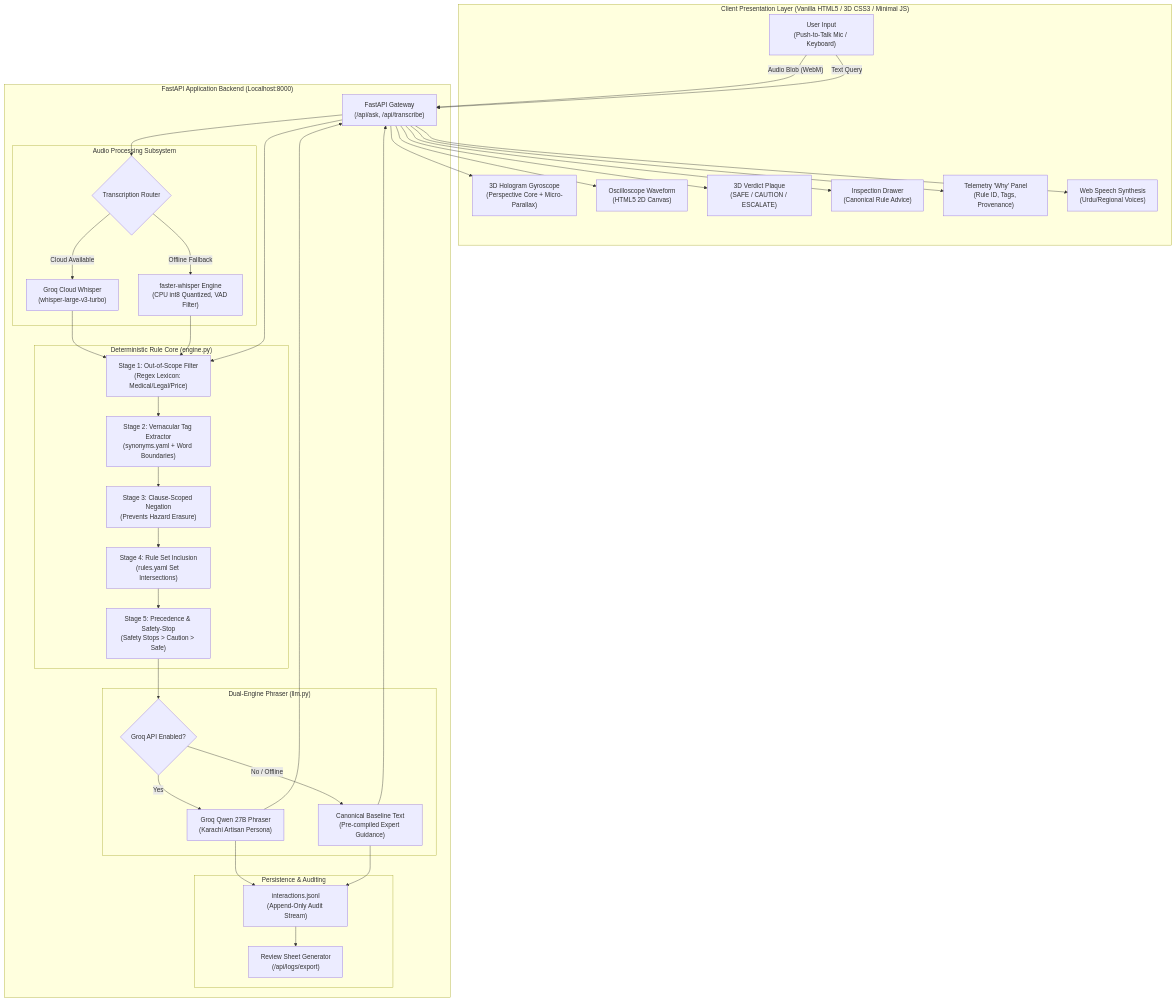
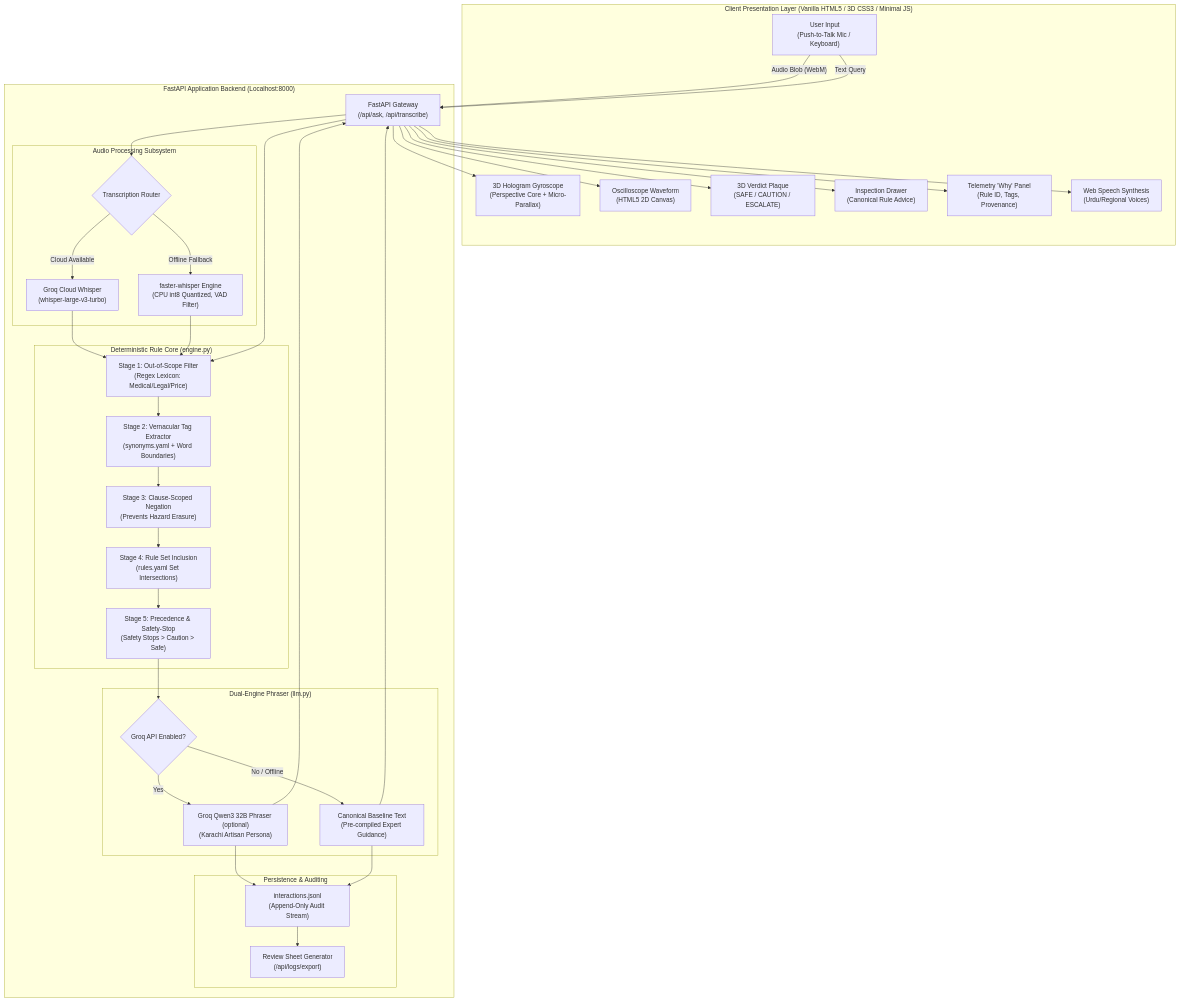
The first of 2 diagrams in README.md (abdulhayykhan/Ustaad-In-A-Box), drawn with Mermaid before and after one commit. The commit also changed other lines of this file and 15 other files, not shown here.

````diff
--- a/README.md
+++ b/README.md
@@ -127,74 +127,74 @@
 ```mermaid
 flowchart TD
     subgraph Client ["Client Presentation Layer (Vanilla HTML5 / 3D CSS3 / Minimal JS)"]
         UI_Input["User Input\n(Push-to-Talk Mic / Keyboard)"]
         Avatar_3D["3D Hologram Gyroscope\n(Perspective Core + Micro-Parallax)"]
         Waveform["Oscilloscope Waveform\n(HTML5 2D Canvas)"]
         Verdict_Plaque["3D Verdict Plaque\n(SAFE / CAUTION / ESCALATE)"]
         Canonical_Box["Inspection Drawer\n(Canonical Rule Advice)"]
         Why_Sidebar["Telemetry 'Why' Panel\n(Rule ID, Tags, Provenance)"]
         TTS_Speaker["Web Speech Synthesis\n(Urdu/Regional Voices)"]
     end
 
     subgraph Backend ["FastAPI Application Backend (Localhost:8000)"]
         API_Gateway["FastAPI Gateway\n(/api/ask, /api/transcribe)"]
         
         subgraph Audio_Pipeline ["Audio Processing Subsystem"]
             STT_Router{"Transcription Router"}
             Groq_STT["Groq Cloud Whisper\n(whisper-large-v3-turbo)"]
             Local_STT["faster-whisper Engine\n(CPU int8 Quantized, VAD Filter)"]
         end
 
         subgraph Core_Engine ["Deterministic Rule Core (engine.py)"]
             OOS_Gate["Stage 1: Out-of-Scope Filter\n(Regex Lexicon: Medical/Legal/Price)"]
             Tag_Extractor["Stage 2: Vernacular Tag Extractor\n(synonyms.yaml + Word Boundaries)"]
             Negation_Analyzer["Stage 3: Clause-Scoped Negation\n(Prevents Hazard Erasure)"]
             Rule_Matcher["Stage 4: Rule Set Inclusion\n(rules.yaml Set Intersections)"]
             Precedence_Engine["Stage 5: Precedence & Safety-Stop\n(Safety Stops > Caution > Safe)"]
         end
 
         subgraph Phrasing_Layer ["Dual-Engine Phraser (llm.py)"]
             Groq_Check{"Groq API Enabled?"}
-            Groq_Model["Groq Qwen 27B Phraser\n(Karachi Artisan Persona)"]
+            Groq_Model["Groq Qwen3 32B Phraser (optional)\n(Karachi Artisan Persona)"]
             Raw_Rule["Canonical Baseline Text\n(Pre-compiled Expert Guidance)"]
         end
 
         subgraph Persistence ["Persistence & Auditing"]
             JSONL_Log["interactions.jsonl\n(Append-Only Audit Stream)"]
             CSV_Sheet["Review Sheet Generator\n(/api/logs/export)"]
         end
     end
 
     %% Wiring
     UI_Input -- "Audio Blob (WebM)" --> API_Gateway
     UI_Input -- "Text Query" --> API_Gateway
     API_Gateway --> STT_Router
     STT_Router -->|Cloud Available| Groq_STT
     STT_Router -->|Offline Fallback| Local_STT
     Groq_STT --> OOS_Gate
     Local_STT --> OOS_Gate
     API_Gateway --> OOS_Gate
 
     OOS_Gate --> Tag_Extractor
     Tag_Extractor --> Negation_Analyzer
     Negation_Analyzer --> Rule_Matcher
     Rule_Matcher --> Precedence_Engine
 
     Precedence_Engine --> Groq_Check
     Groq_Check -->|Yes| Groq_Model
     Groq_Check -->|No / Offline| Raw_Rule
 
     Groq_Model --> JSONL_Log
     Raw_Rule --> JSONL_Log
     JSONL_Log --> CSV_Sheet
 
     Groq_Model --> API_Gateway
     Raw_Rule --> API_Gateway
 
     API_Gateway --> Verdict_Plaque
     API_Gateway --> Canonical_Box
     API_Gateway --> Why_Sidebar
     API_Gateway --> Avatar_3D
     API_Gateway --> TTS_Speaker
     API_Gateway --> Waveform
 ```
````
